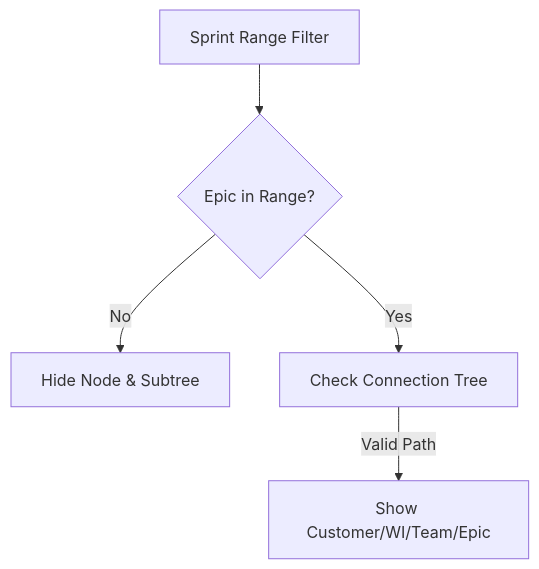
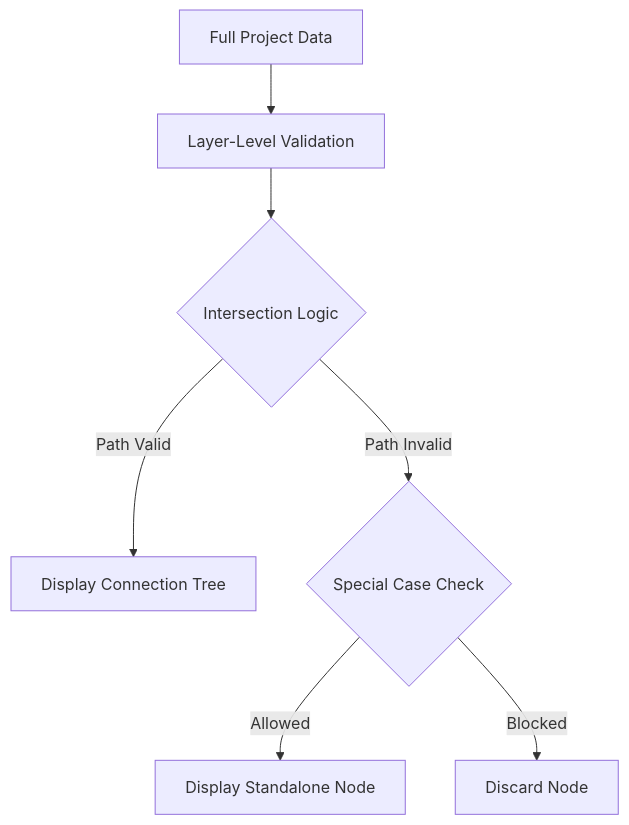
The diagram in doc/DASHBOARDS.md (AlesKracik/ValueStream-DependencyTree), drawn with Mermaid before and after one commit. The commit also changed other lines of this file, not shown here.

Commit message:
docs: add detailed filtration logic and filter combination rules to DASHBOARDS.md

````diff
--- a/doc/DASHBOARDS.md
+++ b/doc/DASHBOARDS.md
@@ -36,7 +74,9 @@
 ```mermaid
 graph TD
-    Range[Sprint Range Filter] --> EpicCheck{Epic in Range?}
-    EpicCheck -->|No| Hide[Hide Node & Subtree]
-    EpicCheck -->|Yes| Tree[Check Connection Tree]
-    Tree -->|Valid Path| Show[Show Customer/WI/Team/Epic]
+    Data[Full Project Data] --> Validation[Layer-Level Validation]
+    Validation --> Intersection{Intersection Logic}
+    Intersection -->|Path Valid| Show[Display Connection Tree]
+    Intersection -->|Path Invalid| Standalone{Special Case Check}
+    Standalone -->|Allowed| ShowNode[Display Standalone Node]
+    Standalone -->|Blocked| Hide[Discard Node]
 ```
````
